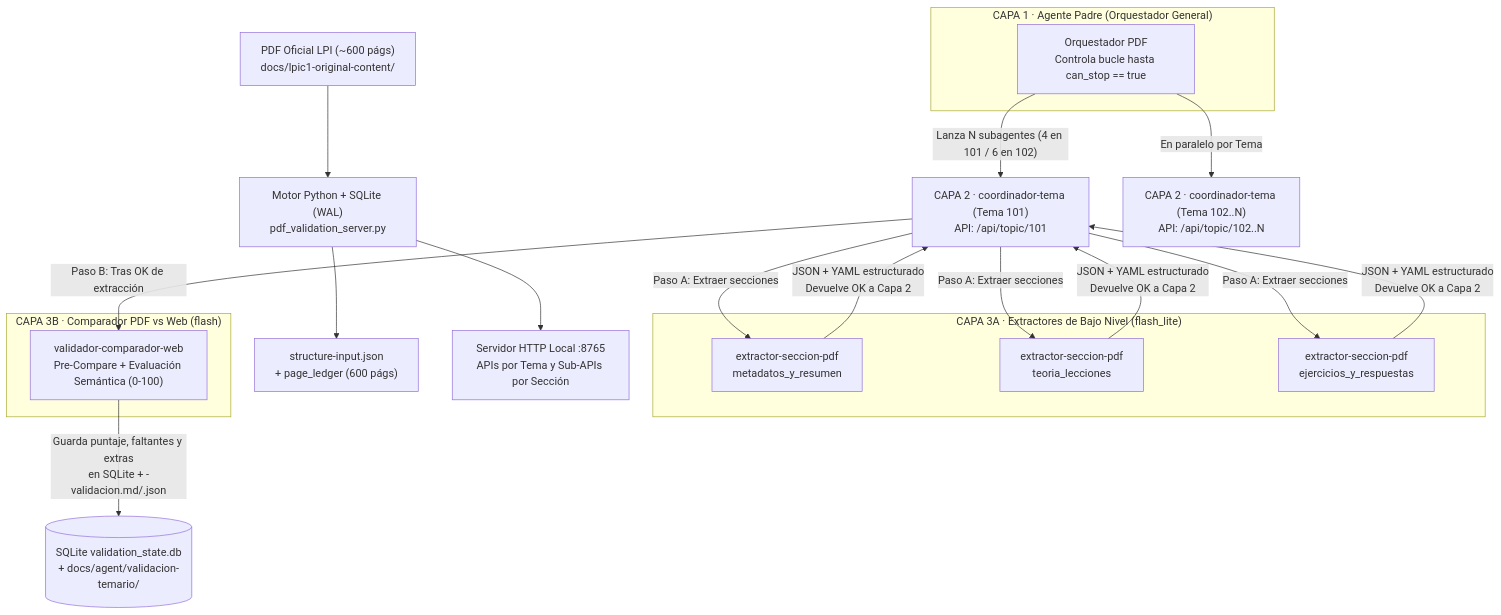
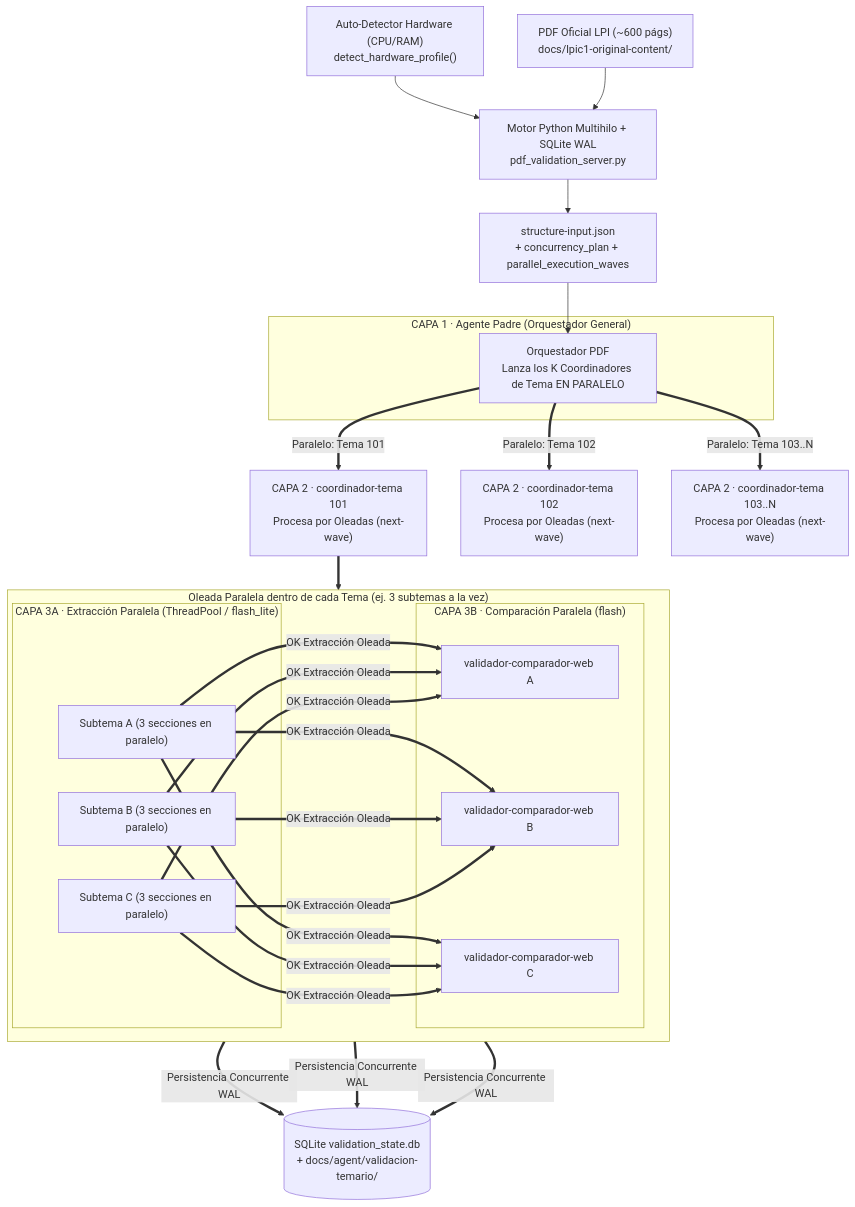
The diagram in .agents/skills/validar-temario-pdf/SKILL.md (ManuelCobosDev/lpic-1-study-guide), drawn with Mermaid before and after one commit. The commit also changed other lines of this file and 5 other files, not shown here.

Commit message:
feat(skills): implementar paralelismo hardware-aware por oleadas en validar-temario-pdf [C-0082]

````diff
--- a/.agents/skills/validar-temario-pdf/SKILL.md
+++ b/.agents/skills/validar-temario-pdf/SKILL.md
@@ -36,29 +38,33 @@
 ```mermaid
 flowchart TD
-    PDF["PDF Oficial LPI (~600 págs)<br/>docs/lpic1-original-content/"] --> INIT["Motor Python + SQLite (WAL)<br/>pdf_validation_server.py"]
-    INIT --> INPUT["structure-input.json<br/>+ page_ledger (600 págs)"]
-    INIT --> SRV["Servidor HTTP Local :8765<br/>APIs por Tema y Sub-APIs por Sección"]
+    HW["Auto-Detector Hardware (CPU/RAM)<br/>detect_hardware_profile()"] --> INIT["Motor Python Multihilo + SQLite WAL<br/>pdf_validation_server.py"]
+    PDF["PDF Oficial LPI (~600 págs)<br/>docs/lpic1-original-content/"] --> INIT
+    INIT --> INPUT["structure-input.json<br/>+ concurrency_plan + parallel_execution_waves"]
 
     subgraph CAPA1["CAPA 1 · Agente Padre (Orquestador General)"]
-        ORQ["Orquestador PDF<br/>Controla bucle hasta can_stop == true"]
+        ORQ["Orquestador PDF<br/>Lanza los K Coordinadores de Tema EN PARALELO"]
     end
 
-    ORQ -->|"Lanza N subagentes (4 en 101 / 6 en 102)"| T1["CAPA 2 · coordinador-tema (Tema 101)<br/>API: /api/topic/101"]
-    ORQ -->|"En paralelo por Tema"| TN["CAPA 2 · coordinador-tema (Tema 102..N)<br/>API: /api/topic/102..N"]
+    INPUT --> ORQ
+    ORQ ==>|"Paralelo: Tema 101"| T1["CAPA 2 · coordinador-tema 101<br/>Procesa por Oleadas (next-wave)"]
+    ORQ ==>|"Paralelo: Tema 102"| T2["CAPA 2 · coordinador-tema 102<br/>Procesa por Oleadas (next-wave)"]
+    ORQ ==>|"Paralelo: Tema 103..N"| TN["CAPA 2 · coordinador-tema 103..N<br/>Procesa por Oleadas (next-wave)"]
 
-    subgraph CAPA3A["CAPA 3A · Extractores de Bajo Nivel (flash_lite)"]
-        E1["extractor-seccion-pdf<br/>metadatos_y_resumen"]
-        E2["extractor-seccion-pdf<br/>teoria_lecciones"]
-        E3["extractor-seccion-pdf<br/>ejercicios_y_respuestas"]
+    subgraph WAVE["Oleada Paralela dentro de cada Tema (ej. 3 subtemas a la vez)"]
+        direction LR
+        subgraph CAPA3A["CAPA 3A · Extracción Paralela (ThreadPool / flash_lite)"]
+            E1["Subtema A (3 secciones en paralelo)"]
+            E2["Subtema B (3 secciones en paralelo)"]
+            E3["Subtema C (3 secciones en paralelo)"]
+        end
+        subgraph CAPA3B["CAPA 3B · Comparación Paralela (flash)"]
+            C1["validador-comparador-web A"]
+            C2["validador-comparador-web B"]
+            C3["validador-comparador-web C"]
+        end
+        E1 & E2 & E3 ==>|"OK Extracción Oleada"| C1 & C2 & C3
     end
 
-    T1 -->|"Paso A: Extraer secciones"| E1 & E2 & E3
-    E1 & E2 & E3 -->|"JSON + YAML estructurado<br/>Devuelve OK a Capa 2"| T1
-
-    subgraph CAPA3B["CAPA 3B · Comparador PDF vs Web (flash)"]
-        COMP["validador-comparador-web<br/>Pre-Compare + Evaluación Semántica (0-100)"]
-    end
-
-    T1 -->|"Paso B: Tras OK de extracción"| COMP
-    COMP -->|"Guarda puntaje, faltantes y extras<br/>en SQLite + <id>-validacion.md/.json"| DB[("SQLite validation_state.db<br/>+ docs/agent/validacion-temario/")]
+    T1 ==> WAVE
+    C1 & C2 & C3 ==>|"Persistencia Concurrente WAL"| DB[("SQLite validation_state.db<br/>+ docs/agent/validacion-temario/")]
 ```
````
